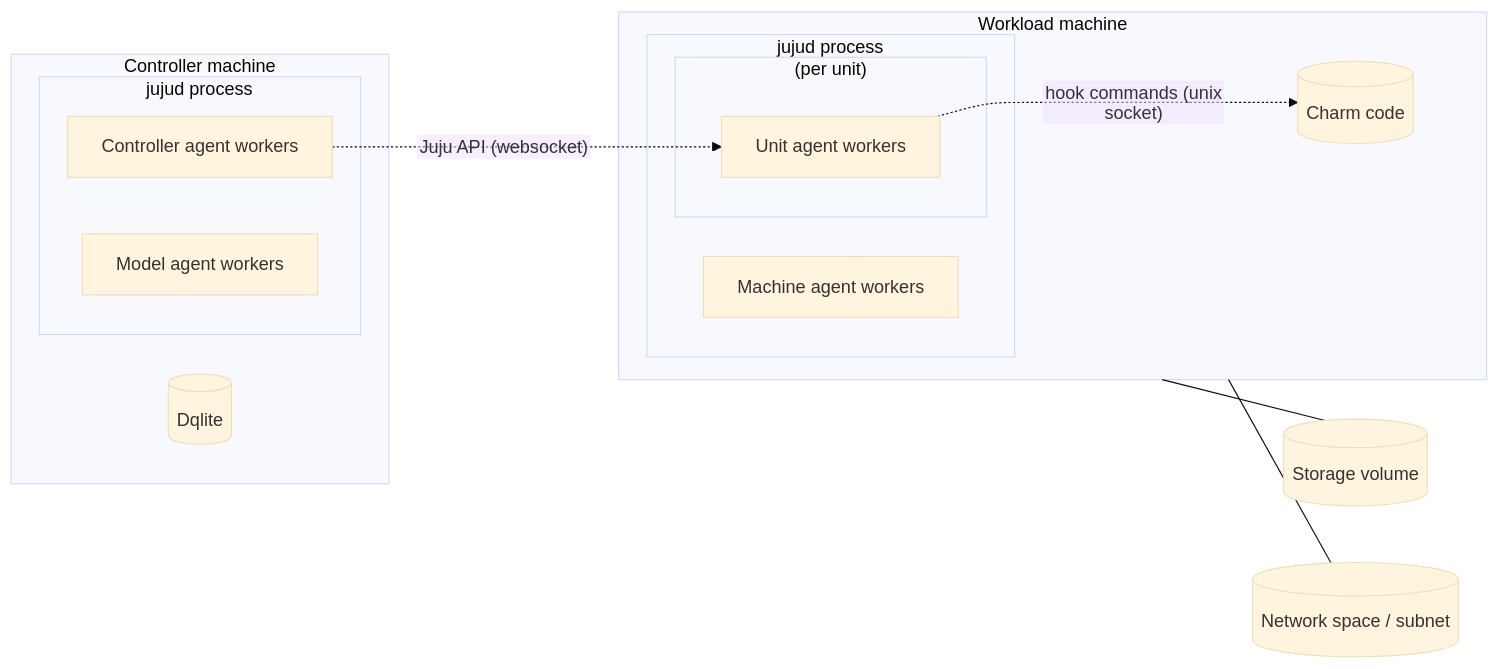
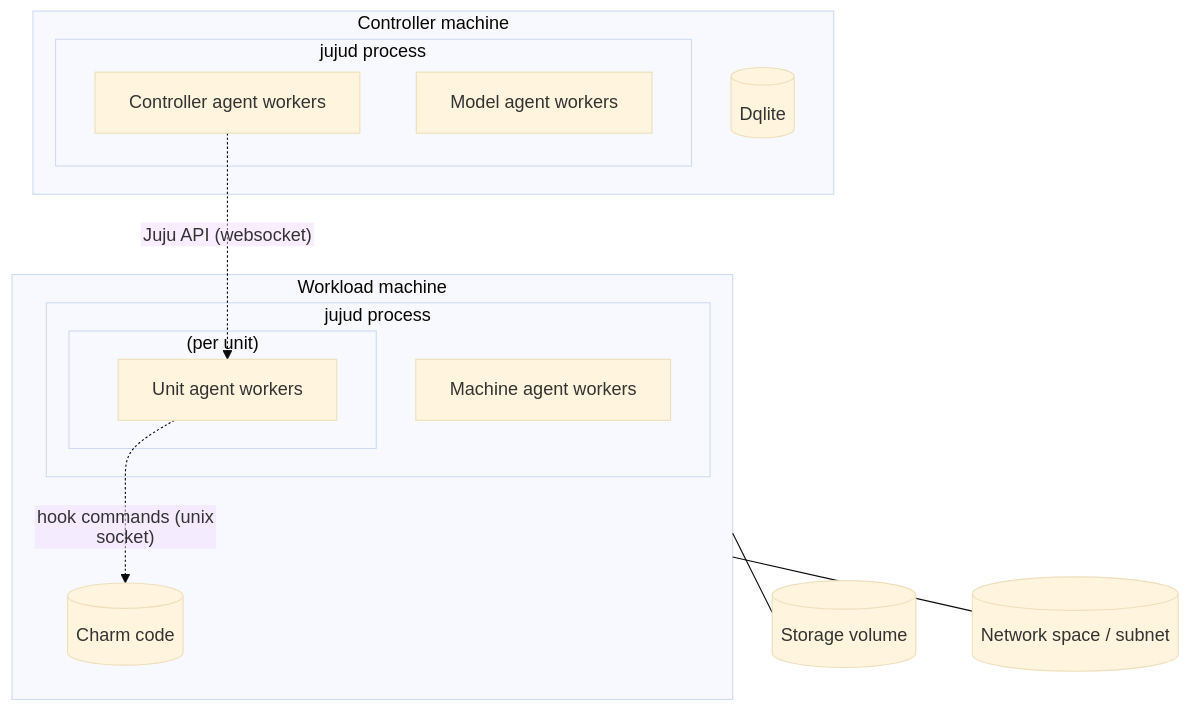
Before and after one commit to juju/juju: the seventh of 16 diagrams in docs/explanation/juju-architecture.md, drawn with Mermaid (base theme). The commit also changed other lines of this file, not shown here.

First line of the commit message:
docs(architecture): add motivating intro with annotated overview diagram

````diff
--- a/docs/explanation/juju-architecture.md
+++ b/docs/explanation/juju-architecture.md
@@ -311,29 +415,29 @@
 ```{mermaid}
 %%{init: {"flowchart": {"htmlLabels": false}} }%%
-flowchart LR
+flowchart TB
     subgraph controller_machine["Controller machine"]
         subgraph jujud_ctrl["jujud process"]
             CA["Controller agent workers"]
             MA["Model agent workers"]
         end
         DB[("Dqlite")]
     end
 
     subgraph model_machine["Workload machine"]
         subgraph jujud_model["jujud process"]
             MachA["Machine agent workers"]
             subgraph unit_workers["(per unit)"]
                 UA["Unit agent workers"]
             end
         end
         Charm[("Charm code")]
     end
 
     Storage[("Storage volume")]
     Net[("Network space / subnet")]
 
     CA -.->|"Juju API (websocket)"| UA
     UA -.->|"hook commands (unix socket)"| Charm
     model_machine --- Storage
     model_machine --- Net
 ```
````
